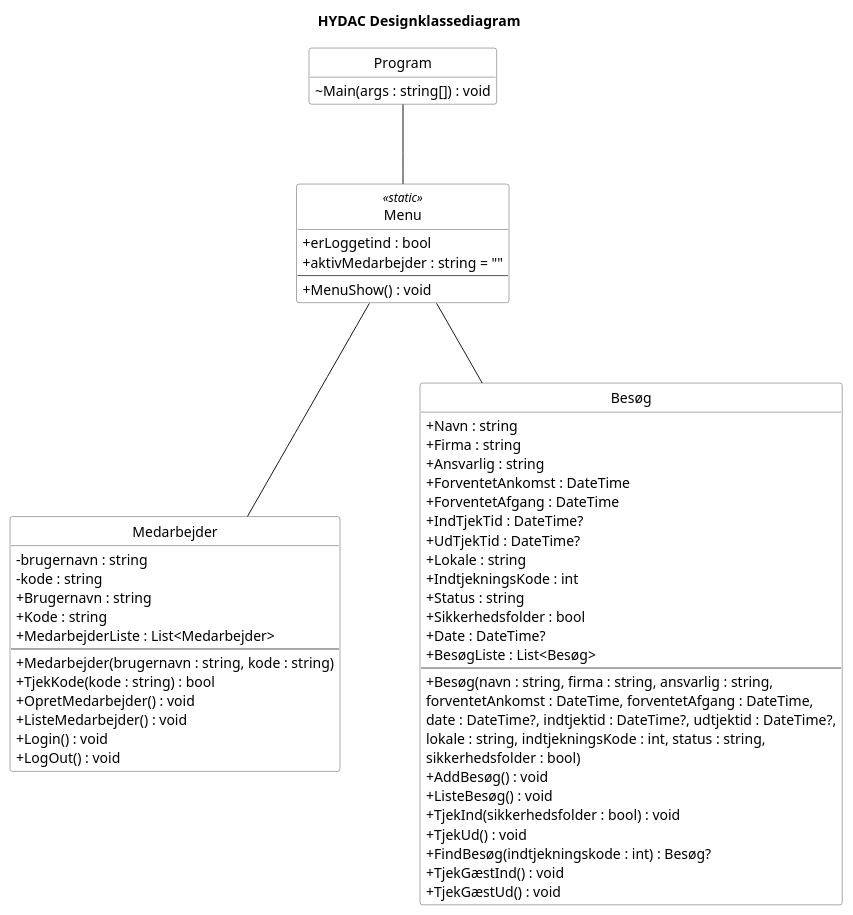
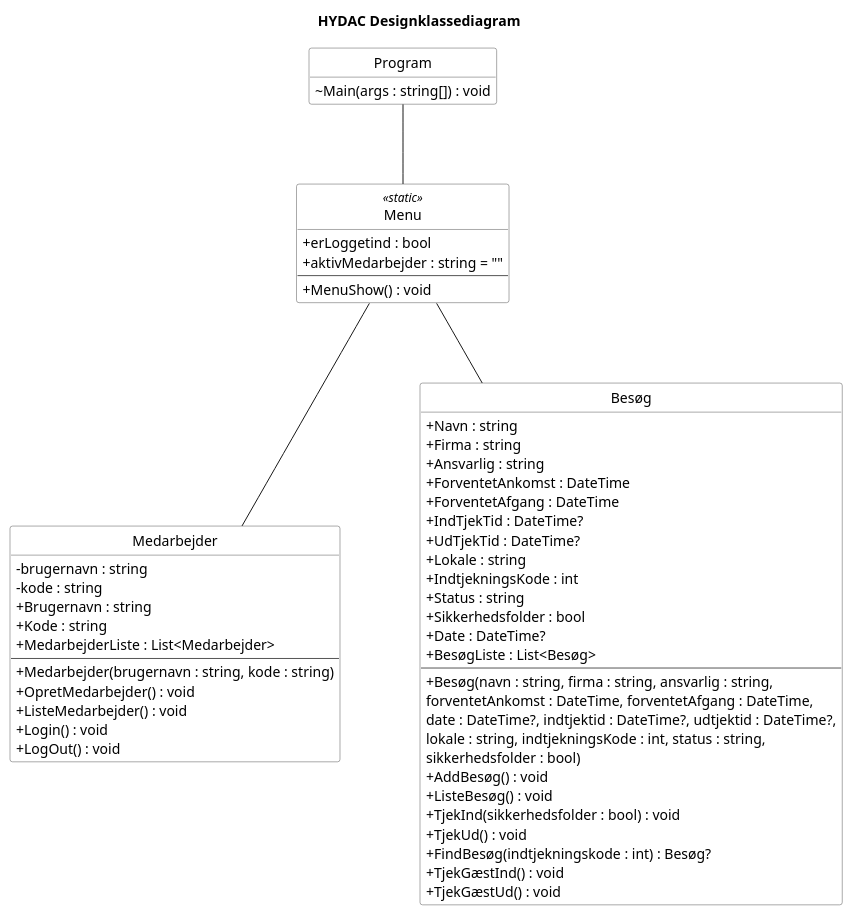
One commit to Zoabz/Hydac changed the diagram in 7. Design Class Diagram/7. Design Class Diagram.puml. Above: the diagram before and after it, drawn with PlantUML. The commit also changed 5 other files, not shown here.

```diff
--- a/7. Design Class Diagram/7. Design Class Diagram.puml
+++ b/7. Design Class Diagram/7. Design Class Diagram.puml
@@ -1,75 +1,74 @@
 @startuml
 title HYDAC Designklassediagram
 
 hide circle
 hide empty members
 
 skinparam classAttributeIconSize 0
 skinparam nodesep 80
 skinparam ranksep 80
 
 skinparam class {
     BackgroundColor white
     BorderColor #555555
 }
 
 class Program {
     ~ Main(args : string[]) : void
 }
 
 class Menu <<static>> {
     + erLoggetind : bool
     + aktivMedarbejder : string = ""
     --
     + MenuShow() : void
 }
 
 class Medarbejder {
     - brugernavn : string
     - kode : string
     + Brugernavn : string
     + Kode : string
     + MedarbejderListe : List<Medarbejder>
     --
     + Medarbejder(brugernavn : string, kode : string)
-    + TjekKode(kode : string) : bool
     + OpretMedarbejder() : void
     + ListeMedarbejder() : void
     + Login() : void
     + LogOut() : void
 }
 
 class Besøg {
     + Navn : string
     + Firma : string
     + Ansvarlig : string
     + ForventetAnkomst : DateTime
     + ForventetAfgang : DateTime
     + IndTjekTid : DateTime?
     + UdTjekTid : DateTime?
     + Lokale : string
     + IndtjekningsKode : int
     + Status : string
     + Sikkerhedsfolder : bool
     + Date : DateTime?
     + BesøgListe : List<Besøg>
     --
     + Besøg(navn : string, firma : string, ansvarlig : string,
         forventetAnkomst : DateTime, forventetAfgang : DateTime,
         date : DateTime?, indtjektid : DateTime?, udtjektid : DateTime?,
         lokale : string, indtjekningsKode : int, status : string,
         sikkerhedsfolder : bool)
     + AddBesøg() : void
     + ListeBesøg() : void
     + TjekInd(sikkerhedsfolder : bool) : void
     + TjekUd() : void
     + FindBesøg(indtjekningskode : int) : Besøg?
     + TjekGæstInd() : void
     + TjekGæstUd() : void
 }
 Program -- Menu 
 Menu -- Besøg 
 Menu -- Medarbejder
 
 
 @enduml
```
